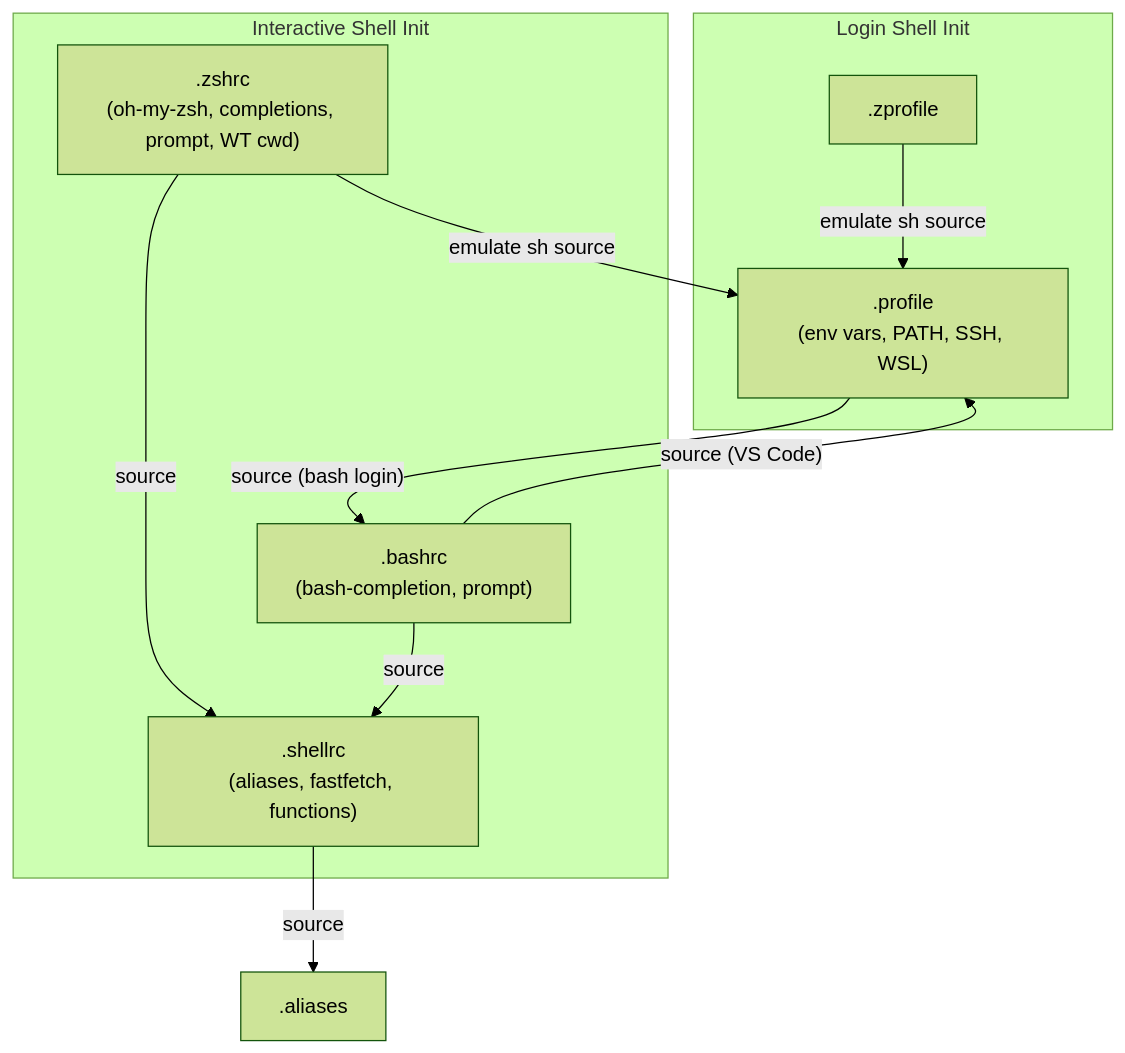
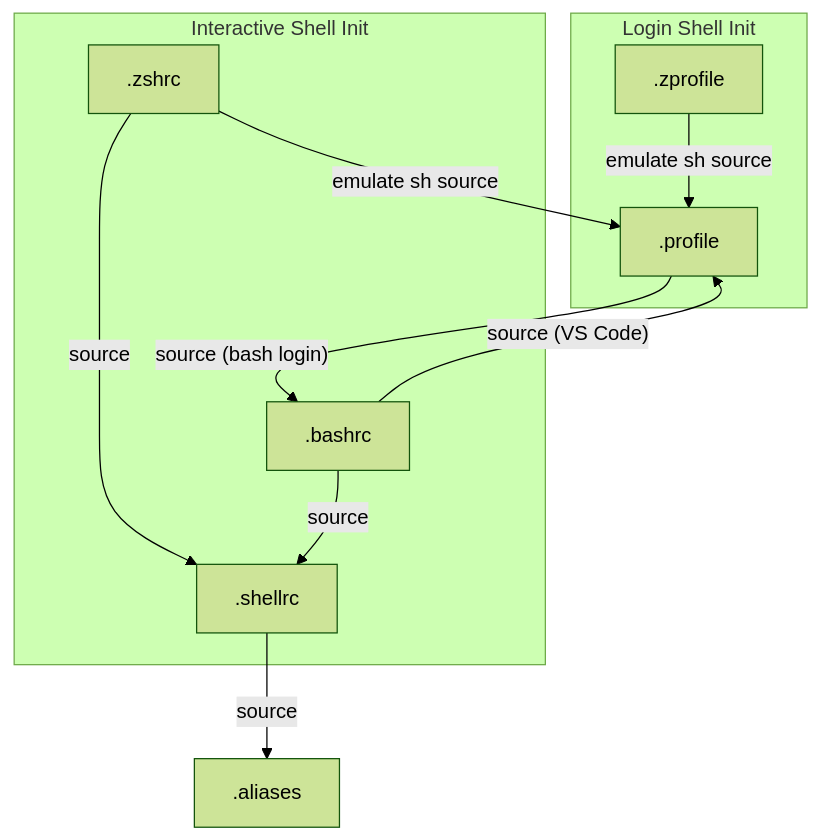
The diagram in README.md (BoscoDomingo/Linux-config), drawn with Mermaid (forest theme) before and after one commit.

Commit message:
docs: simplify diagram

````diff
--- a/README.md
+++ b/README.md
@@ -49,21 +49,21 @@
 ```mermaid
 flowchart TD
     subgraph login ["Login Shell Init"]
         zprofile[".zprofile"]
-        profile[".profile\n(env vars, PATH, SSH, WSL)"]
+        profile[".profile"]
     end
 
     subgraph interactive ["Interactive Shell Init"]
-        zshrc[".zshrc\n(oh-my-zsh, completions, prompt, WT cwd)"]
-        bashrc[".bashrc\n(bash-completion, prompt)"]
-        shellrc[".shellrc\n(aliases, fastfetch, functions)"]
+        zshrc[".zshrc"]
+        bashrc[".bashrc"]
+        shellrc[".shellrc"]
     end
 
     zprofile -->|"emulate sh source"| profile
     zshrc -->|"emulate sh source"| profile
     zshrc -->|source| shellrc
     bashrc -->|"source (VS Code)"| profile
     profile -->|"source (bash login)"| bashrc
     bashrc -->|source| shellrc
     shellrc -->|source| aliases[".aliases"]
 ```
````
